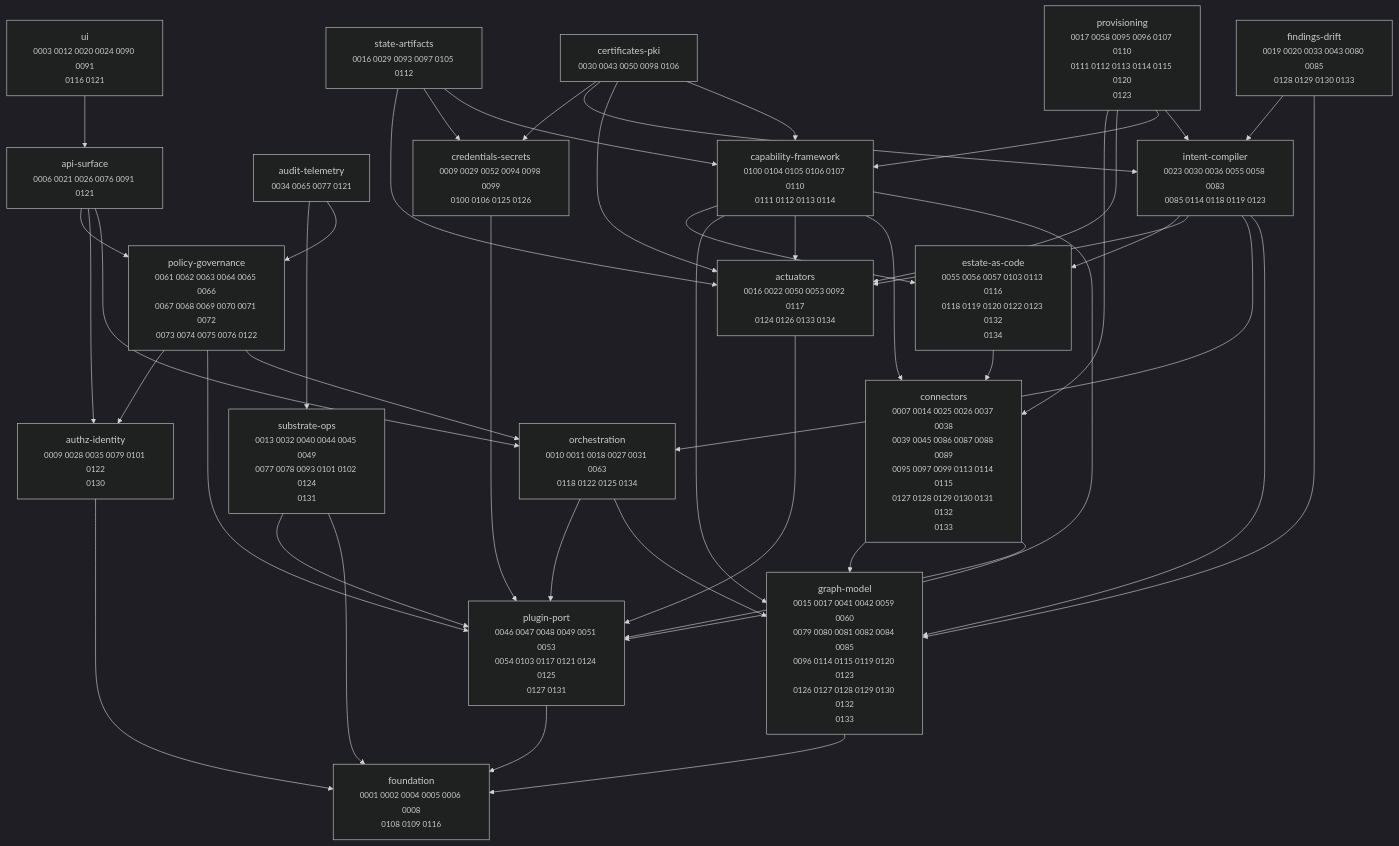
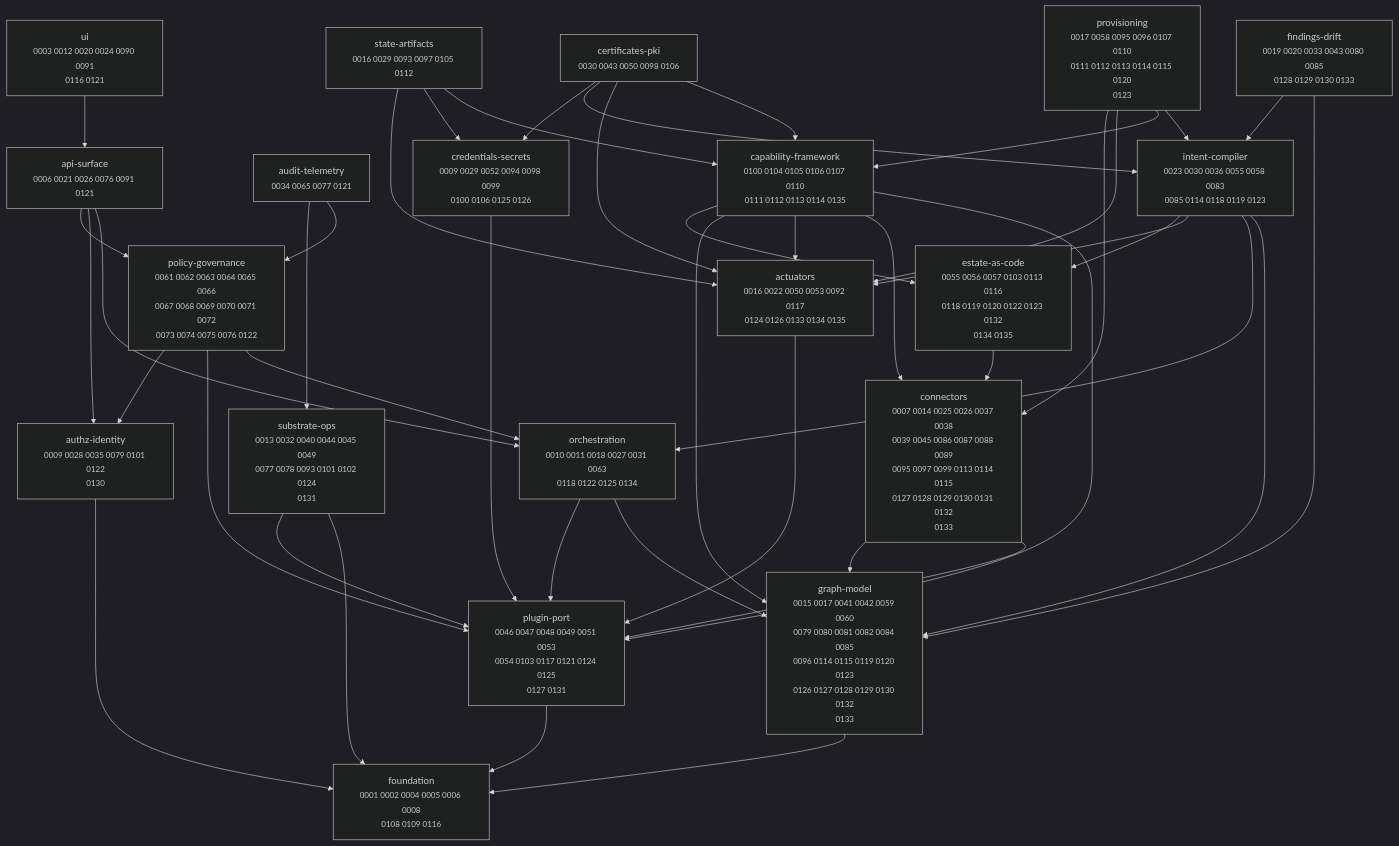
Before and after one commit to dstout-devops/stratt: the diagram in docs/adr/MAP.md, drawn with Mermaid (dark theme). The commit also changed other lines of this file and 2 other files, not shown here.

````diff
--- a/docs/adr/MAP.md
+++ b/docs/adr/MAP.md
@@ -11,67 +11,67 @@
 ```mermaid
 graph TD
-  actuators["actuators<br/><small>0016 0022 0050 0053 0092 0117<br/>0124 0126 0133 0134</small>"]
+  actuators["actuators<br/><small>0016 0022 0050 0053 0092 0117<br/>0124 0126 0133 0134 0135</small>"]
   api_surface["api-surface<br/><small>0006 0021 0026 0076 0091 0121</small>"]
   audit_telemetry["audit-telemetry<br/><small>0034 0065 0077 0121</small>"]
   authz_identity["authz-identity<br/><small>0009 0028 0035 0079 0101 0122<br/>0130</small>"]
-  capability_framework["capability-framework<br/><small>0100 0104 0105 0106 0107 0110<br/>0111 0112 0113 0114</small>"]
+  capability_framework["capability-framework<br/><small>0100 0104 0105 0106 0107 0110<br/>0111 0112 0113 0114 0135</small>"]
   certificates_pki["certificates-pki<br/><small>0030 0043 0050 0098 0106</small>"]
   connectors["connectors<br/><small>0007 0014 0025 0026 0037 0038<br/>0039 0045 0086 0087 0088 0089<br/>0095 0097 0099 0113 0114 0115<br/>0127 0128 0129 0130 0131 0132<br/>0133</small>"]
   credentials_secrets["credentials-secrets<br/><small>0009 0029 0052 0094 0098 0099<br/>0100 0106 0125 0126</small>"]
-  estate_as_code["estate-as-code<br/><small>0055 0056 0057 0103 0113 0116<br/>0118 0119 0120 0122 0123 0132<br/>0134</small>"]
+  estate_as_code["estate-as-code<br/><small>0055 0056 0057 0103 0113 0116<br/>0118 0119 0120 0122 0123 0132<br/>0134 0135</small>"]
   findings_drift["findings-drift<br/><small>0019 0020 0033 0043 0080 0085<br/>0128 0129 0130 0133</small>"]
   foundation["foundation<br/><small>0001 0002 0004 0005 0006 0008<br/>0108 0109 0116</small>"]
   graph_model["graph-model<br/><small>0015 0017 0041 0042 0059 0060<br/>0079 0080 0081 0082 0084 0085<br/>0096 0114 0115 0119 0120 0123<br/>0126 0127 0128 0129 0130 0132<br/>0133</small>"]
   intent_compiler["intent-compiler<br/><small>0023 0030 0036 0055 0058 0083<br/>0085 0114 0118 0119 0123</small>"]
   orchestration["orchestration<br/><small>0010 0011 0018 0027 0031 0063<br/>0118 0122 0125 0134</small>"]
   plugin_port["plugin-port<br/><small>0046 0047 0048 0049 0051 0053<br/>0054 0103 0117 0121 0124 0125<br/>0127 0131</small>"]
   policy_governance["policy-governance<br/><small>0061 0062 0063 0064 0065 0066<br/>0067 0068 0069 0070 0071 0072<br/>0073 0074 0075 0076 0122</small>"]
   provisioning["provisioning<br/><small>0017 0058 0095 0096 0107 0110<br/>0111 0112 0113 0114 0115 0120<br/>0123</small>"]
   state_artifacts["state-artifacts<br/><small>0016 0029 0093 0097 0105 0112</small>"]
   substrate_ops["substrate-ops<br/><small>0013 0032 0040 0044 0045 0049<br/>0077 0078 0093 0101 0102 0124<br/>0131</small>"]
   ui["ui<br/><small>0003 0012 0020 0024 0090 0091<br/>0116 0121</small>"]
 
   actuators --> plugin_port
   api_surface --> orchestration
   api_surface --> authz_identity
   api_surface --> policy_governance
   audit_telemetry --> policy_governance
   audit_telemetry --> substrate_ops
   authz_identity --> foundation
   capability_framework --> plugin_port
   capability_framework --> connectors
   capability_framework --> actuators
   capability_framework --> graph_model
   capability_framework --> estate_as_code
   certificates_pki --> capability_framework
   certificates_pki --> actuators
   certificates_pki --> intent_compiler
   certificates_pki --> credentials_secrets
   connectors --> plugin_port
   connectors --> graph_model
   credentials_secrets --> plugin_port
   estate_as_code --> connectors
   findings_drift --> graph_model
   findings_drift --> intent_compiler
   graph_model --> foundation
   intent_compiler --> graph_model
   intent_compiler --> orchestration
   intent_compiler --> actuators
   intent_compiler --> estate_as_code
   orchestration --> graph_model
   orchestration --> plugin_port
   plugin_port --> foundation
   policy_governance --> orchestration
   policy_governance --> plugin_port
   policy_governance --> authz_identity
   provisioning --> intent_compiler
   provisioning --> capability_framework
   provisioning --> actuators
   provisioning --> connectors
   state_artifacts --> capability_framework
   state_artifacts --> credentials_secrets
   state_artifacts --> actuators
   substrate_ops --> foundation
   substrate_ops --> plugin_port
   ui --> api_surface
 ```
````
